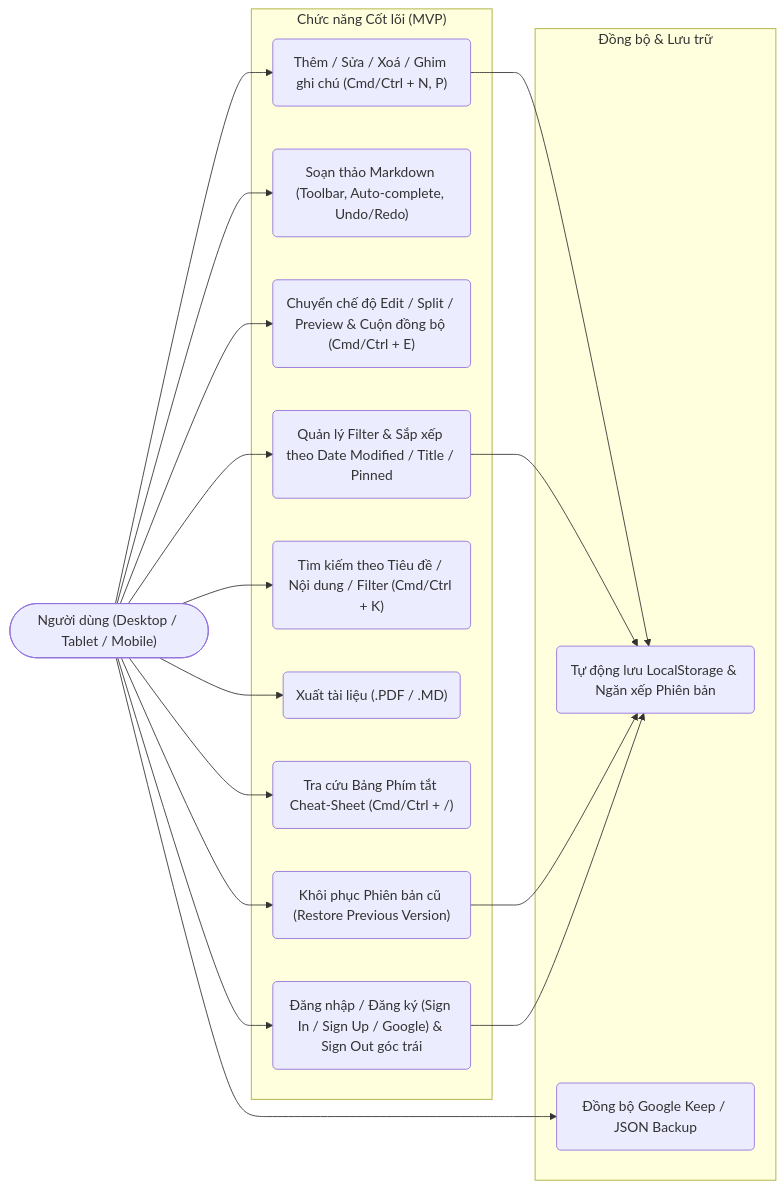
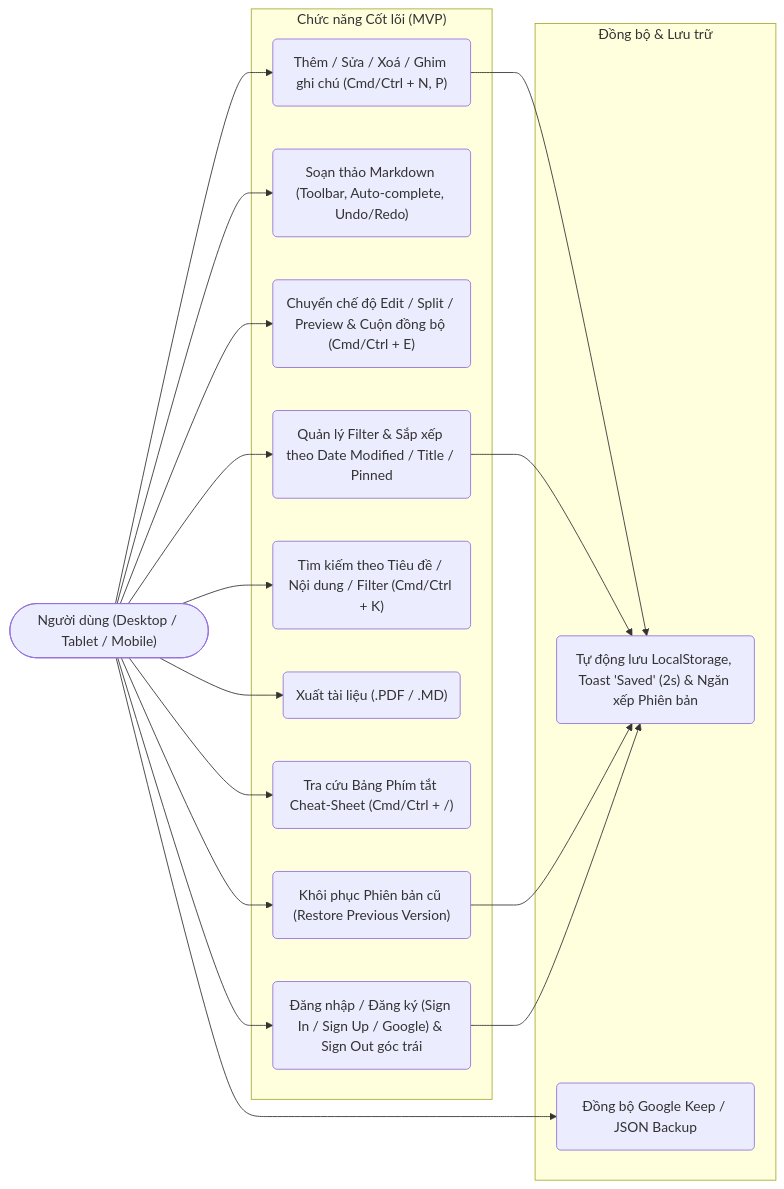
One commit to taro1026205/VibeNotes changed the first of 2 diagrams in README.md. Above: the diagram before and after it, drawn with Mermaid. The commit also changed other lines of this file and 11 other files, not shown here.

First line of the commit message:
feat: add saved toast notification with 2s debounce

````diff
--- a/README.md
+++ b/README.md
@@ -30,36 +30,36 @@
 ```mermaid
 flowchart LR
     User(["Người dùng (Desktop / Tablet / Mobile)"])
 
     subgraph Core["Chức năng Cốt lõi (MVP)"]
         UC1("Thêm / Sửa / Xoá / Ghim ghi chú (Cmd/Ctrl + N, P)")
         UC2("Soạn thảo Markdown (Toolbar, Auto-complete, Undo/Redo)")
         UC3("Chuyển chế độ Edit / Split / Preview & Cuộn đồng bộ (Cmd/Ctrl + E)")
         UC4("Quản lý Filter & Sắp xếp theo Date Modified / Title / Pinned")
         UC5("Tìm kiếm theo Tiêu đề / Nội dung / Filter (Cmd/Ctrl + K)")
         UC6("Xuất tài liệu (.PDF / .MD)")
         UC9("Tra cứu Bảng Phím tắt Cheat-Sheet (Cmd/Ctrl + /)")
         UC10("Khôi phục Phiên bản cũ (Restore Previous Version)")
         UC11("Đăng nhập / Đăng ký (Sign In / Sign Up / Google) & Sign Out góc trái")
     end
 
     subgraph Sync["Đồng bộ & Lưu trữ"]
-        UC7("Tự động lưu LocalStorage & Ngăn xếp Phiên bản")
+        UC7("Tự động lưu LocalStorage, Toast 'Saved' (2s) & Ngăn xếp Phiên bản")
         UC8("Đồng bộ Google Keep / JSON Backup")
     end
 
     User --> UC1
     User --> UC2
     User --> UC3
     User --> UC4
     User --> UC5
     User --> UC6
     User --> UC9
     User --> UC10
     User --> UC11
     UC1 --> UC7
     UC4 --> UC7
     UC10 --> UC7
     UC11 --> UC7
     User --> UC8
 ```
````
